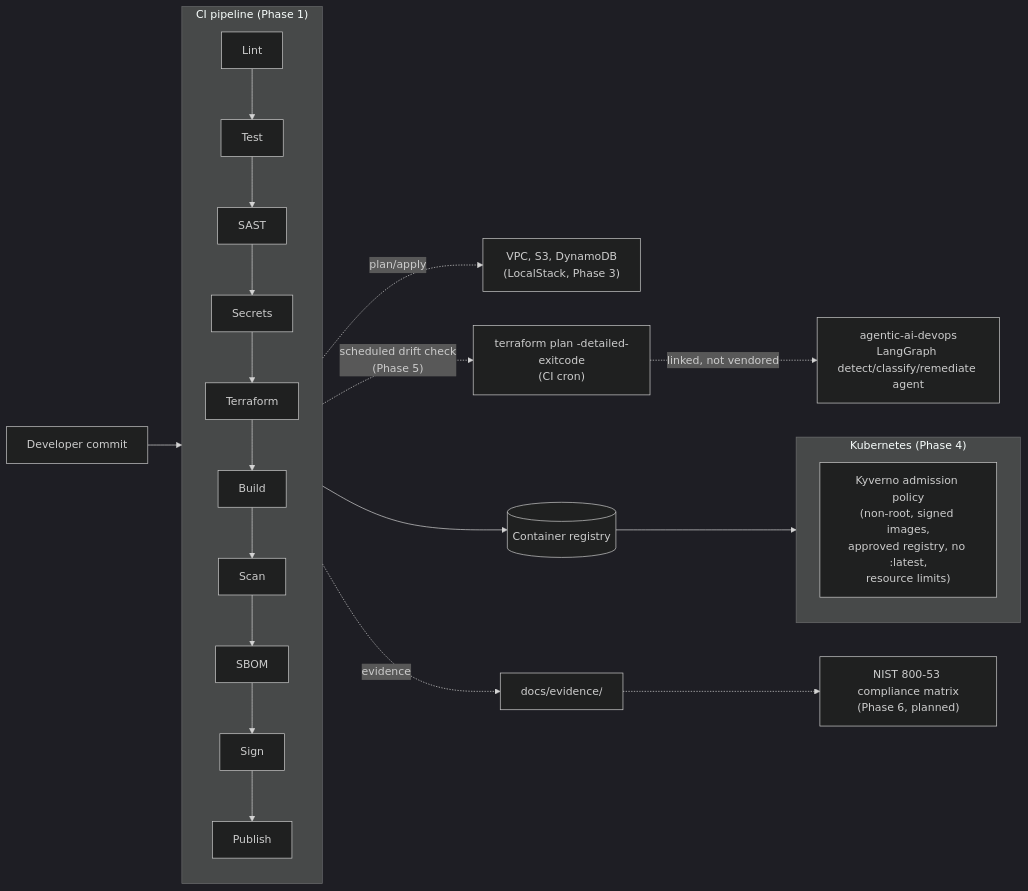
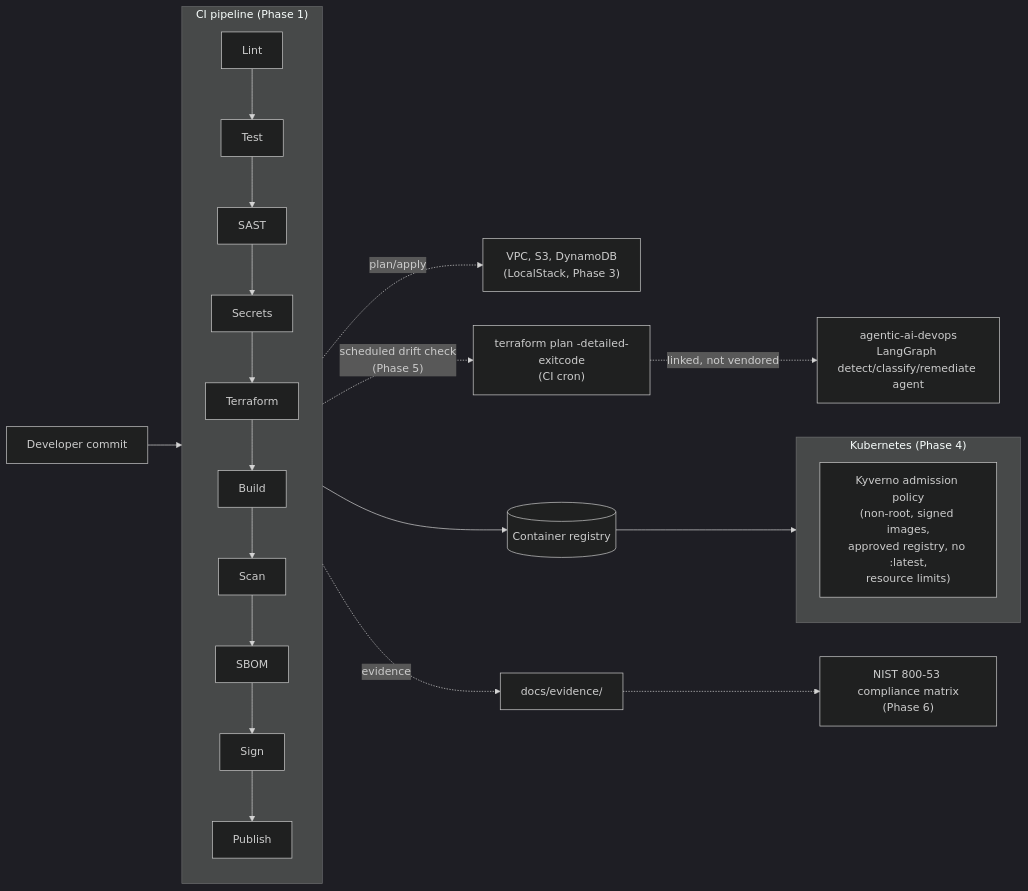
Before and after one commit to tmarktg/ato-in-a-pipeline: the diagram in README.md, drawn with Mermaid (dark theme). The commit also changed other lines of this file and 1 other file, not shown here.

First line of the commit message:
Phase 6: NIST 800-53 compliance matrix

````diff
--- a/README.md
+++ b/README.md
@@ -24,22 +25,22 @@
 ```mermaid
 flowchart LR
     Dev[Developer commit] --> CI
 
     subgraph CI["CI pipeline (Phase 1)"]
         direction TB
         Lint --> Test --> SAST --> Secrets --> Terraform --> Build --> Scan --> SBOM --> Sign --> Publish
     end
 
     Terraform -.->|"plan/apply"| Infra["VPC, S3, DynamoDB\n(LocalStack, Phase 3)"]
     CI --> Registry[(Container registry)]
     Registry --> K8s
 
     subgraph K8s["Kubernetes (Phase 4)"]
         Kyverno["Kyverno admission policy\n(non-root, signed images,\napproved registry, no :latest,\nresource limits)"]
     end
 
     Terraform -.->|"scheduled drift check\n(Phase 5)"| Monitor["terraform plan -detailed-exitcode\n(CI cron)"]
     Monitor -.->|"linked, not vendored"| Agent["agentic-ai-devops\nLangGraph detect/classify/remediate agent"]
     CI -.->|"evidence"| Docs[docs/evidence/]
-    Docs -.-> Matrix["NIST 800-53 compliance matrix\n(Phase 6, planned)"]
+    Docs -.-> Matrix["NIST 800-53 compliance matrix\n(Phase 6)"]
 ```
````
